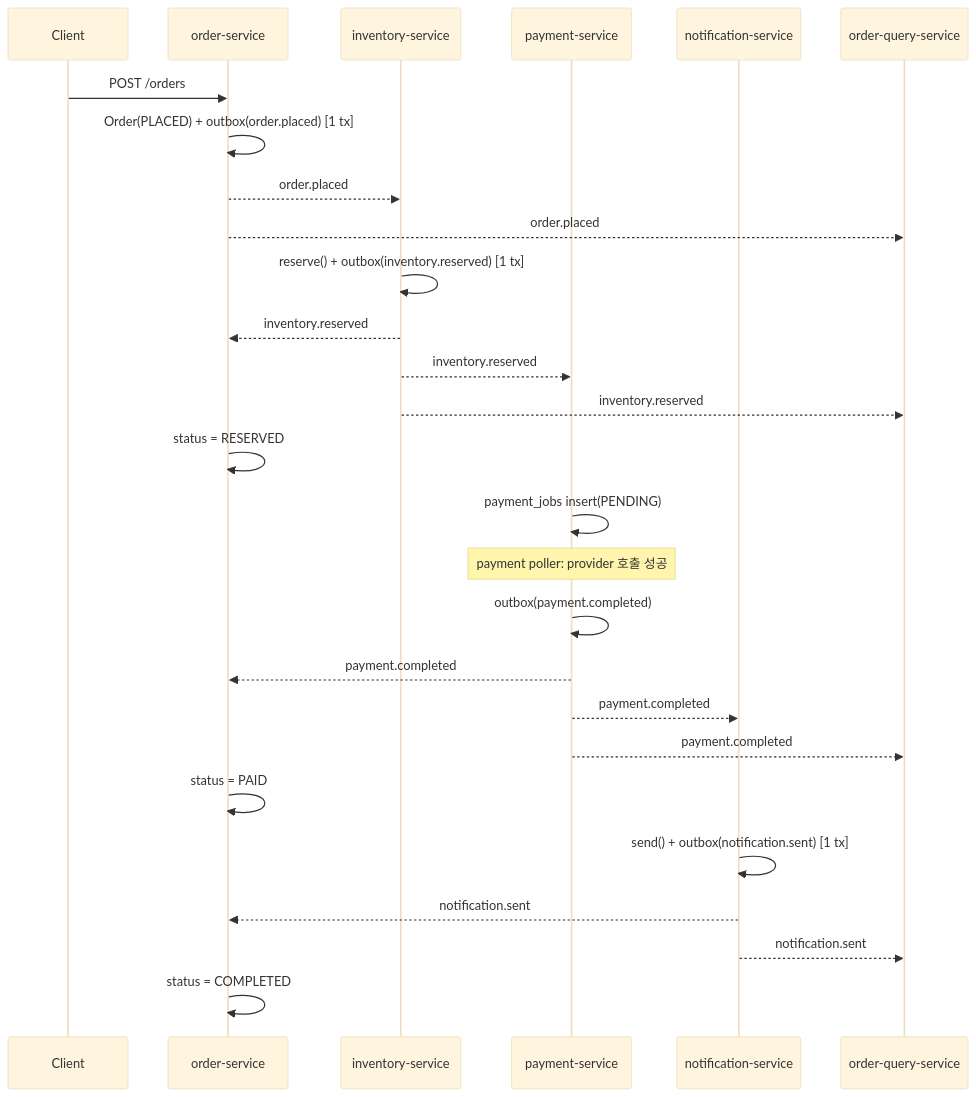
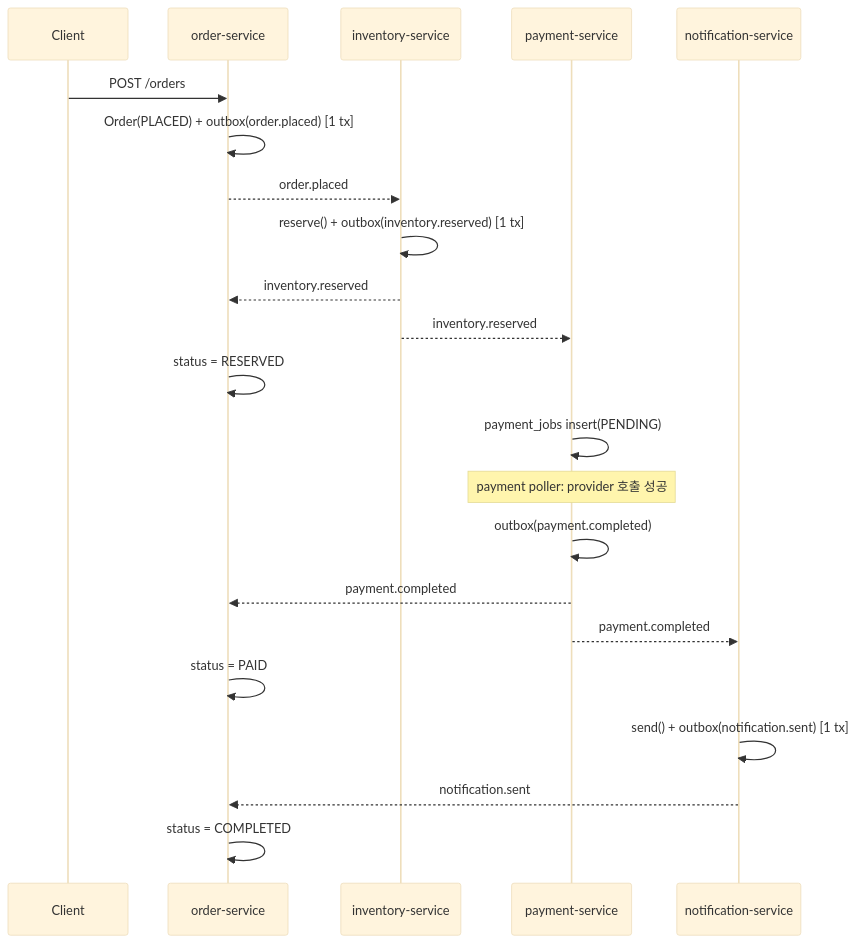
Before and after one commit to maengjh0208/order-pipeline-choreography: the first of 2 diagrams in docs/specs_plans/2026-09-08-order-pipeline-choreography-design.md, drawn with Mermaid (base theme). The commit also changed other lines of this file and 7 other files, not shown here.

Commit message:
chore: docker-compose.yml 추가, 그리고 계획 수정 (order-query-service 제거)

````diff
--- a/docs/specs_plans/2026-09-08-order-pipeline-choreography-design.md
+++ b/docs/specs_plans/2026-09-08-order-pipeline-choreography-design.md
@@ -129,30 +137,25 @@
 ```mermaid
 sequenceDiagram
     participant C as Client
     participant O as order-service
     participant I as inventory-service
     participant P as payment-service
     participant N as notification-service
-    participant Q as order-query-service
 
     C->>O: POST /orders
     O->>O: Order(PLACED) + outbox(order.placed) [1 tx]
     O-->>I: order.placed
-    O-->>Q: order.placed
     I->>I: reserve() + outbox(inventory.reserved) [1 tx]
     I-->>O: inventory.reserved
     I-->>P: inventory.reserved
-    I-->>Q: inventory.reserved
     O->>O: status = RESERVED
     P->>P: payment_jobs insert(PENDING)
     Note over P: payment poller: provider 호출 성공
     P->>P: outbox(payment.completed)
     P-->>O: payment.completed
     P-->>N: payment.completed
-    P-->>Q: payment.completed
     O->>O: status = PAID
     N->>N: send() + outbox(notification.sent) [1 tx]
     N-->>O: notification.sent
-    N-->>Q: notification.sent
     O->>O: status = COMPLETED
 ```
````
